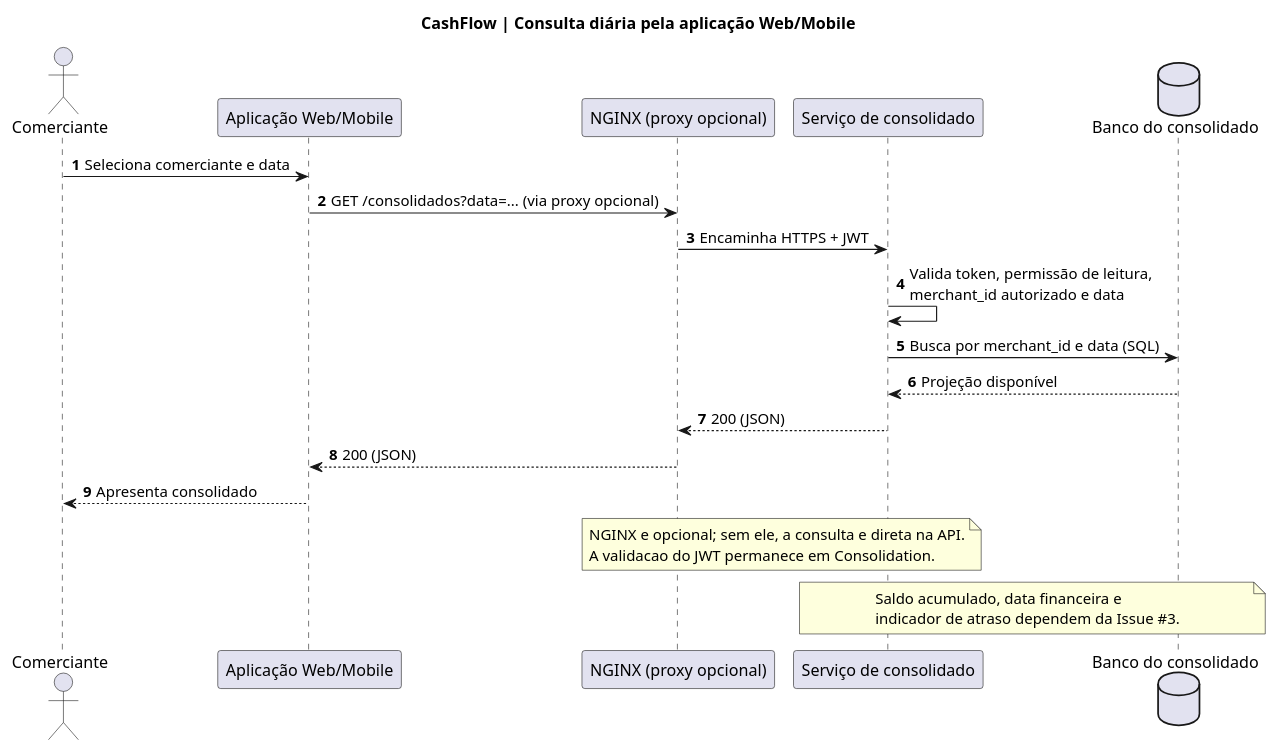
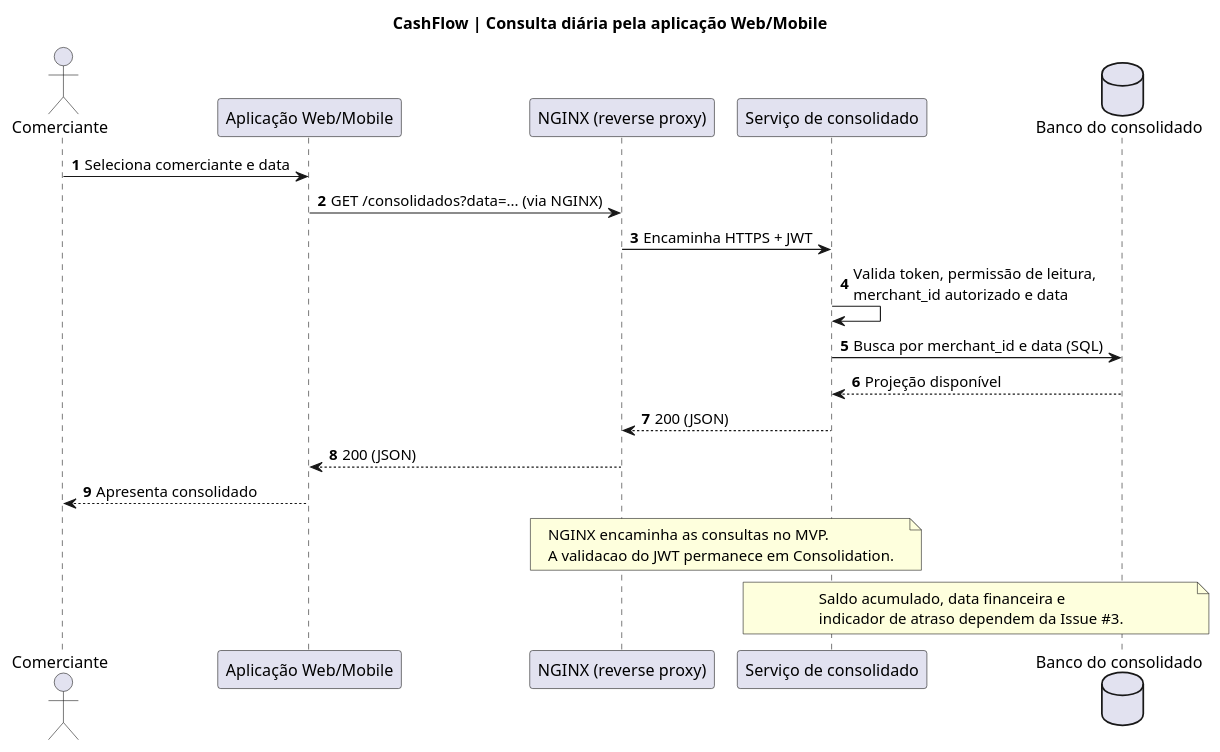
Before and after one commit to wolwerr/CashFlow-Architecture: the diagram in docs/architecture/plantuml/sequence-query.puml, drawn with PlantUML.

Commit message:
docs(architecture): make NGINX mandatory reverse proxy in MVP, keep dedicated gateway future (#7)

```diff
--- a/docs/architecture/plantuml/sequence-query.puml
+++ b/docs/architecture/plantuml/sequence-query.puml
@@ -1,26 +1,26 @@
 @startuml CashFlow_Query
 title CashFlow | Consulta diária pela aplicação Web/Mobile
 autonumber
 actor Comerciante
 participant "Aplicação Web/Mobile" as W
-participant "NGINX (proxy opcional)" as G
+participant "NGINX (reverse proxy)" as G
 participant "Serviço de consolidado" as C
 database "Banco do consolidado" as B
 Comerciante -> W: Seleciona comerciante e data
-W -> G: GET /consolidados?data=... (via proxy opcional)
+W -> G: GET /consolidados?data=... (via NGINX)
 G -> C: Encaminha HTTPS + JWT
 C -> C: Valida token, permissão de leitura,\nmerchant_id autorizado e data
 C -> B: Busca por merchant_id e data (SQL)
 B --> C: Projeção disponível
 C --> G: 200 (JSON)
 G --> W: 200 (JSON)
 W --> Comerciante: Apresenta consolidado
 note over G,C
-NGINX e opcional; sem ele, a consulta e direta na API.
+NGINX encaminha as consultas no MVP.
 A validacao do JWT permanece em Consolidation.
 end note
 note over C,B
 Saldo acumulado, data financeira e
 indicador de atraso dependem da Issue #3.
 end note
 @enduml
```
